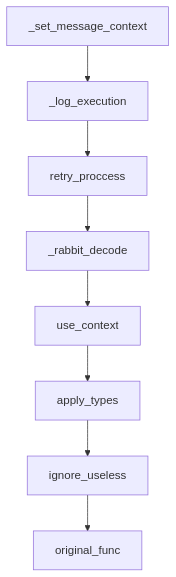
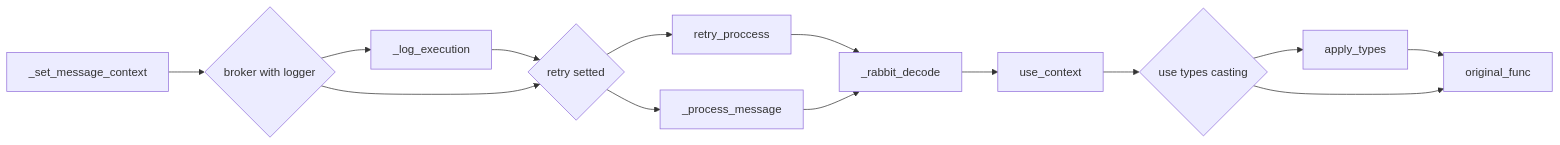
Before and after one commit to Lancetnik/Propan: the diagram in docs/DECORATORS.md, drawn with Mermaid.

Commit message:
specify decorators diagram

````diff
--- a/docs/DECORATORS.md
+++ b/docs/DECORATORS.md
@@ -3,10 +3,24 @@
 ```mermaid
-  graph TD;
-      _set_message_context-->_log_execution;
-      _log_execution-->retry_proccess;
-      retry_proccess-->_rabbit_decode;
-      _rabbit_decode-->use_context;
-      use_context-->apply_types;
-      apply_types-->ignore_useless;
-      ignore_useless-->original_func;
+  flowchart LR
+    broker_logger{broker with logger}
+    is_retry{retry setted}
+    is_apply_types{use types casting}
+
+    _set_message_context-->broker_logger
+    
+    broker_logger-->_log_execution
+    _log_execution-->is_retry
+    broker_logger-->is_retry
+
+    is_retry-->retry_proccess
+    is_retry-->_process_message
+    retry_proccess-->_rabbit_decode
+    _process_message-->_rabbit_decode
+
+    _rabbit_decode-->use_context
+    use_context-->is_apply_types
+
+    is_apply_types-->apply_types
+    apply_types-->original_func
+    is_apply_types-->original_func
 ```
````
